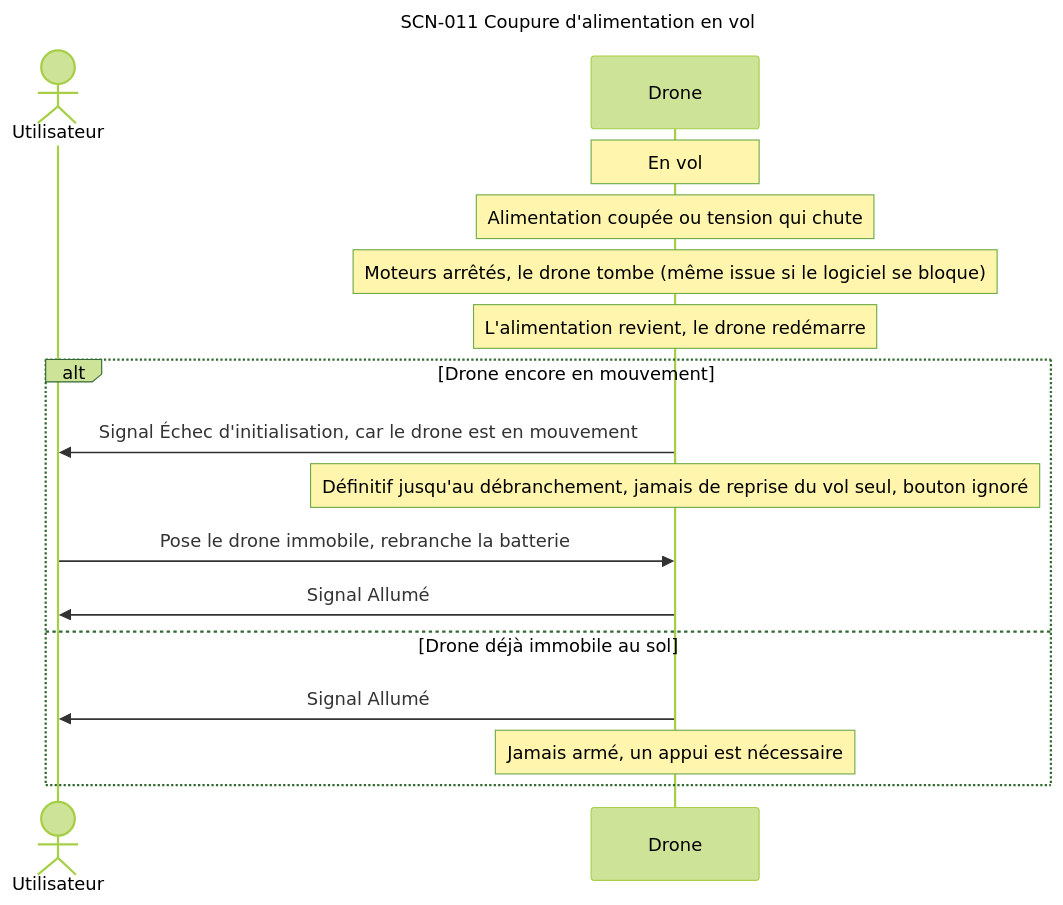
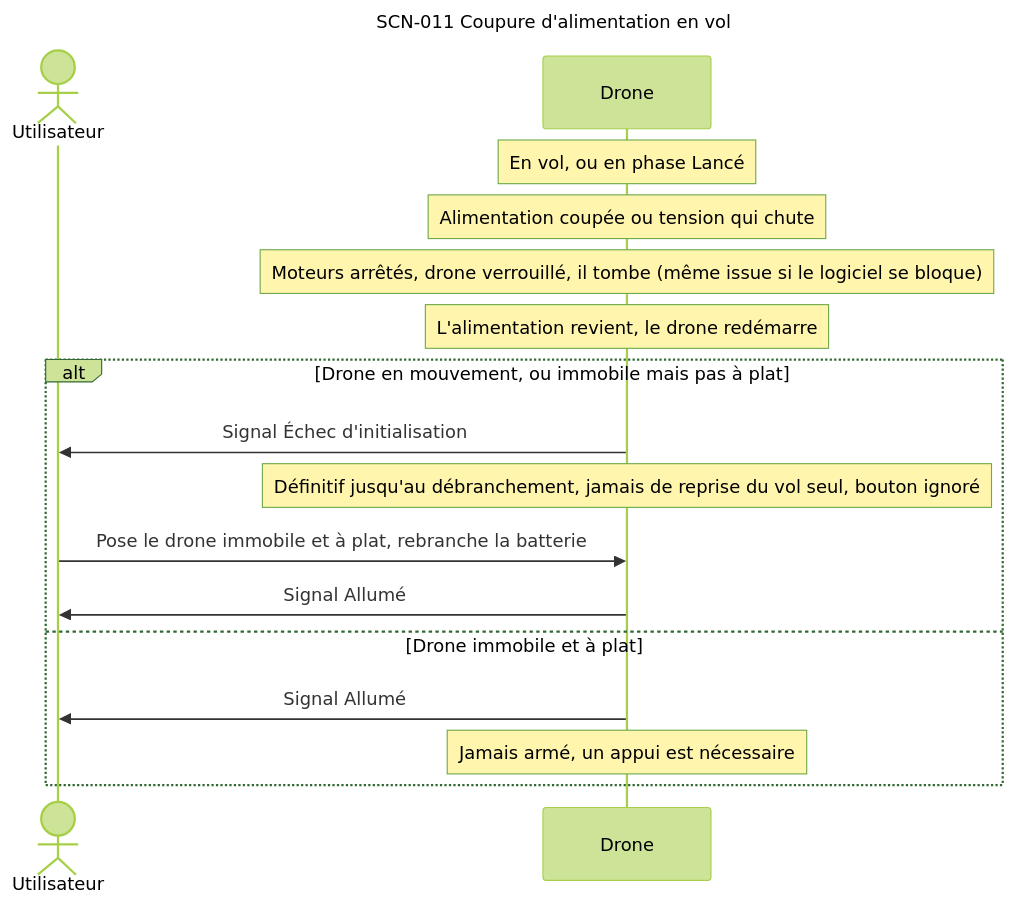
Diagram 15 of 15 in projets/boomrone/00-scenarios.md (thourymatthieu-png/coworker_archi_system), drawn with Mermaid (forest theme) before and after one commit. The commit also changed other lines of this file and 6 other files, not shown here.

````diff
--- a/projets/boomrone/00-scenarios.md
+++ b/projets/boomrone/00-scenarios.md
@@ -726,21 +747,21 @@
 ```mermaid
 ---
 title: "SCN-011 Coupure d'alimentation en vol"
 ---
 sequenceDiagram
     actor U as Utilisateur
     participant D as Drone
-    Note over D: En vol
+    Note over D: En vol, ou en phase Lancé
     Note over D: Alimentation coupée ou tension qui chute
-    Note over D: Moteurs arrêtés, le drone tombe (même issue si le logiciel se bloque)
+    Note over D: Moteurs arrêtés, drone verrouillé, il tombe (même issue si le logiciel se bloque)
     Note over D: L'alimentation revient, le drone redémarre
-    alt Drone encore en mouvement
-        D->>U: Signal Échec d'initialisation, car le drone est en mouvement
+    alt Drone en mouvement, ou immobile mais pas à plat
+        D->>U: Signal Échec d'initialisation
         Note over D: Définitif jusqu'au débranchement, jamais de reprise du vol seul, bouton ignoré
-        U->>D: Pose le drone immobile, rebranche la batterie
+        U->>D: Pose le drone immobile et à plat, rebranche la batterie
         D->>U: Signal Allumé
-    else Drone déjà immobile au sol
+    else Drone immobile et à plat
         D->>U: Signal Allumé
         Note over D: Jamais armé, un appui est nécessaire
     end
 ```
````
